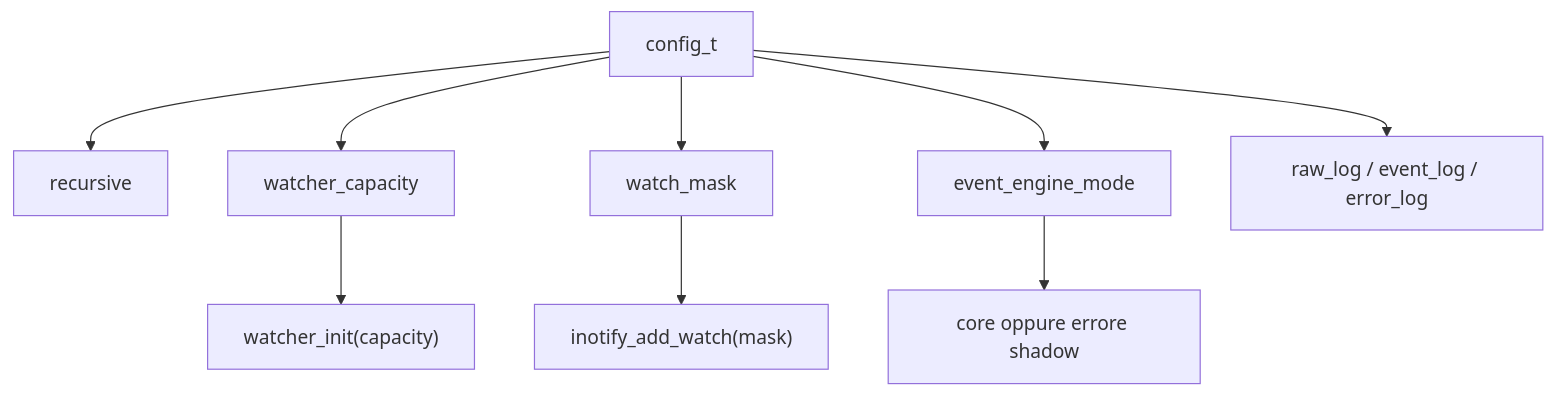
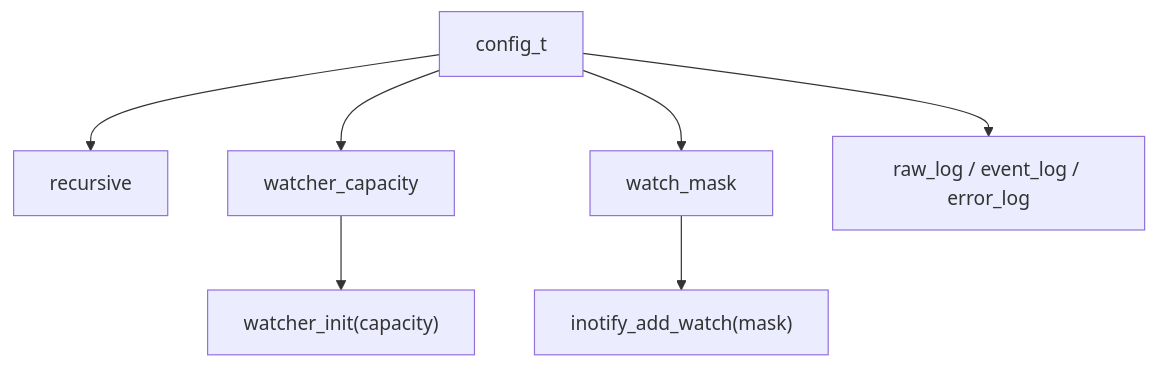
Before and after one commit to kinderp/alfred: the eighth of 17 diagrams in docs/it/16-mappa-codice-e-strutture.md, drawn with Mermaid. The commit also changed other lines of this file and 8 other files, not shown here.

First line of the commit message:
refactor: remove event engine mode state

````diff
--- a/docs/it/16-mappa-codice-e-strutture.md
+++ b/docs/it/16-mappa-codice-e-strutture.md
@@ -503,12 +499,10 @@
 ```mermaid
 flowchart TD
     A["config_t"] --> B["recursive"]
     A --> C["watcher_capacity"]
     A --> D["watch_mask"]
-    A --> E["event_engine_mode"]
-    A --> F["raw_log / event_log / error_log"]
+    A --> E["raw_log / event_log / error_log"]
 
-    C --> G["watcher_init(capacity)"]
-    D --> H["inotify_add_watch(mask)"]
-    E --> I["core oppure errore shadow"]
+    C --> F["watcher_init(capacity)"]
+    D --> G["inotify_add_watch(mask)"]
 ```
````
